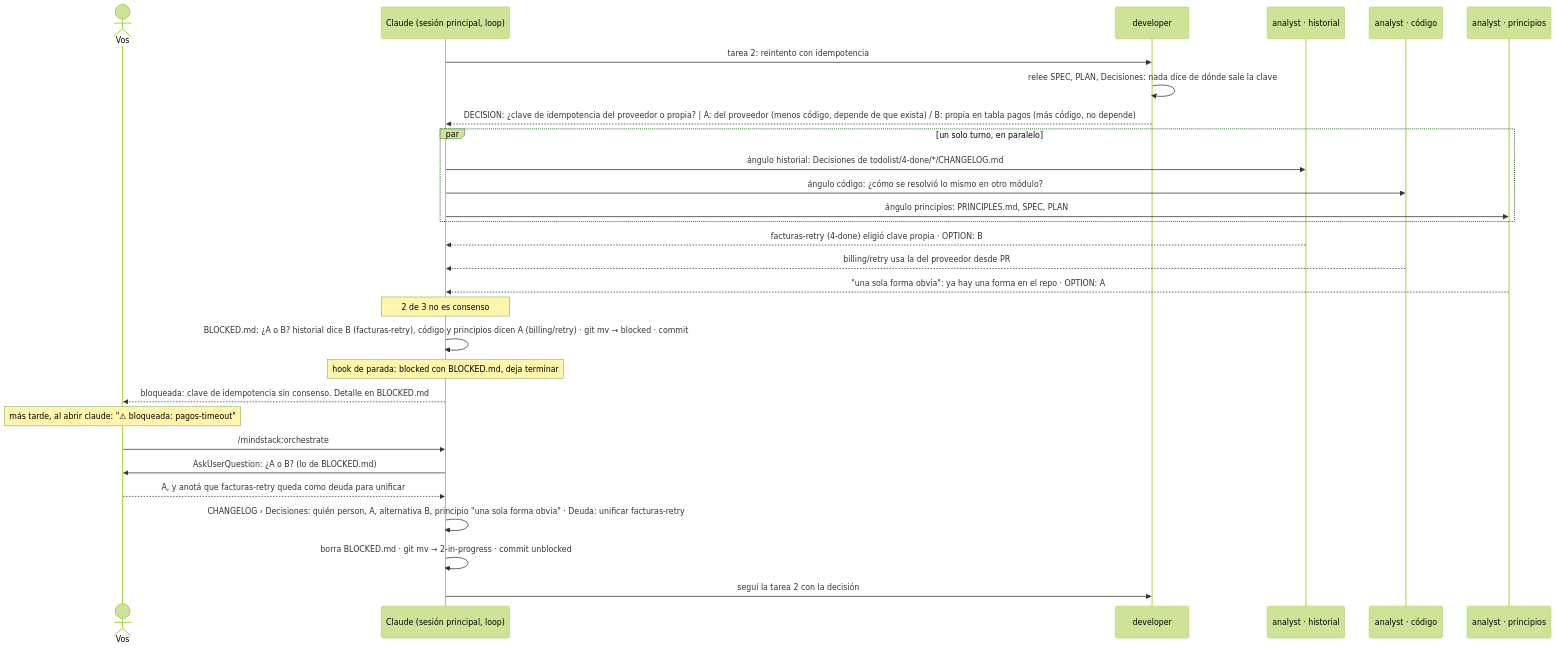
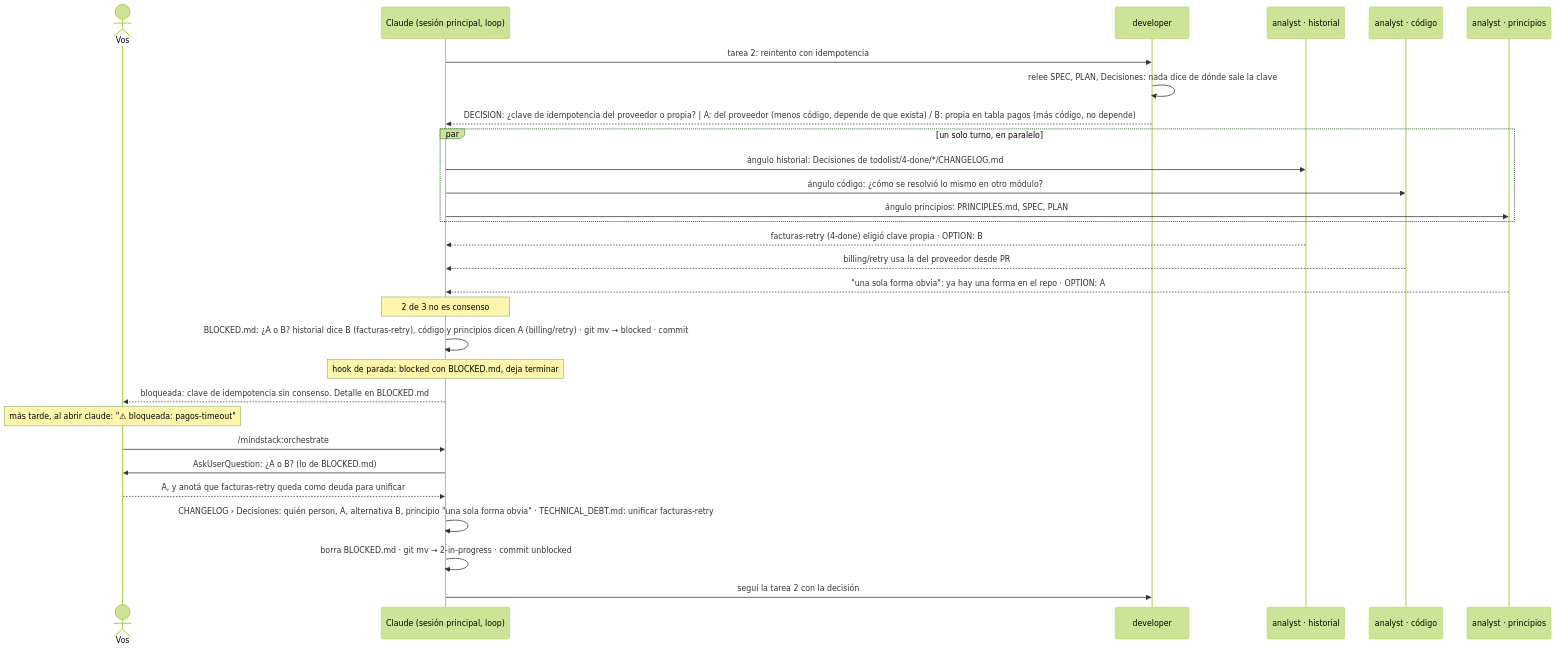
Before and after one commit to octavio-parozlabs/mindstack: the diagram in use-cases/03-decision-consensus.md, drawn with Mermaid (forest theme). The commit also changed 33 other files, not shown here.

First line of the commit message:
feat: APPROVAL.md y TECHNICAL_DEBT.md separados; espera de agentes en segundo plano

````diff
--- a/use-cases/03-decision-consensus.md
+++ b/use-cases/03-decision-consensus.md
@@ -5,34 +5,34 @@
 ```mermaid
 sequenceDiagram
     actor U as Vos
     participant C as Claude (sesión principal, loop)
     participant DEV as developer
     participant A1 as analyst · historial
     participant A2 as analyst · código
     participant A3 as analyst · principios
 
     C->>DEV: tarea 2: reintento con idempotencia
     DEV->>DEV: relee SPEC, PLAN, Decisiones: nada dice de dónde sale la clave
     DEV-->>C: DECISION: ¿clave de idempotencia del proveedor o propia? | A: del proveedor (menos código, depende de que exista) / B: propia en tabla pagos (más código, no depende)
 
     par un solo turno, en paralelo
         C->>A1: ángulo historial: Decisiones de todolist/4-done/*/CHANGELOG.md
         C->>A2: ángulo código: ¿cómo se resolvió lo mismo en otro módulo?
         C->>A3: ángulo principios: PRINCIPLES.md, SPEC, PLAN
     end
     A1-->>C: facturas-retry (4-done) eligió clave propia · OPTION: B
     A2-->>C: billing/retry usa la del proveedor desde PR #31 · OPTION: A
     A3-->>C: "una sola forma obvia": ya hay una forma en el repo · OPTION: A
 
     Note over C: 2 de 3 no es consenso
     C->>C: BLOCKED.md: ¿A o B? historial dice B (facturas-retry), código y principios dicen A (billing/retry) · git mv → blocked · commit
     Note over C: hook de parada: blocked con BLOCKED.md, deja terminar
     C-->>U: bloqueada: clave de idempotencia sin consenso. Detalle en BLOCKED.md
     Note over U: más tarde, al abrir claude: "⚠ bloqueada: pagos-timeout"
     U->>C: /mindstack:orchestrate
     C->>U: AskUserQuestion: ¿A o B? (lo de BLOCKED.md)
     U-->>C: A, y anotá que facturas-retry queda como deuda para unificar
-    C->>C: CHANGELOG › Decisiones: quién person, A, alternativa B, principio "una sola forma obvia" · Deuda: unificar facturas-retry
+    C->>C: CHANGELOG › Decisiones: quién person, A, alternativa B, principio "una sola forma obvia" · TECHNICAL_DEBT.md: unificar facturas-retry
     C->>C: borra BLOCKED.md · git mv → 2-in-progress · commit unblocked
     C->>DEV: seguí la tarea 2 con la decisión
 ```
````
